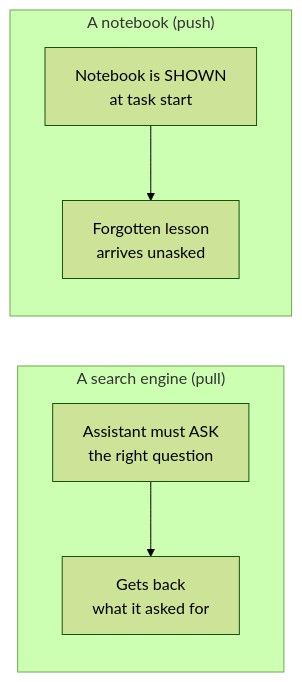
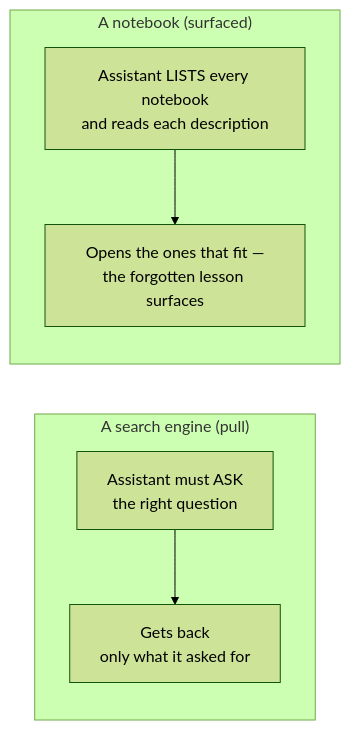
The second of 3 diagrams in docs/getting-started.md (jeanibarz/agent-notebook), drawn with Mermaid (forest theme) before and after one commit. The commit also changed other lines of this file and 15 other files, not shown here.

````diff
--- a/docs/getting-started.md
+++ b/docs/getting-started.md
@@ -66,9 +68,9 @@
 ```mermaid
 flowchart LR
     subgraph search["A search engine (pull)"]
-        S1["Assistant must ASK<br/>the right question"] --> S2["Gets back<br/>what it asked for"]
+        S1["Assistant must ASK<br/>the right question"] --> S2["Gets back<br/>only what it asked for"]
     end
-    subgraph notebook["A notebook (push)"]
-        N1["Notebook is SHOWN<br/>at task start"] --> N2["Forgotten lesson<br/>arrives unasked"]
+    subgraph notebook["A notebook (surfaced)"]
+        N1["Assistant LISTS every notebook<br/>and reads each description"] --> N2["Opens the ones that fit —<br/>the forgotten lesson surfaces"]
     end
 ```
````
